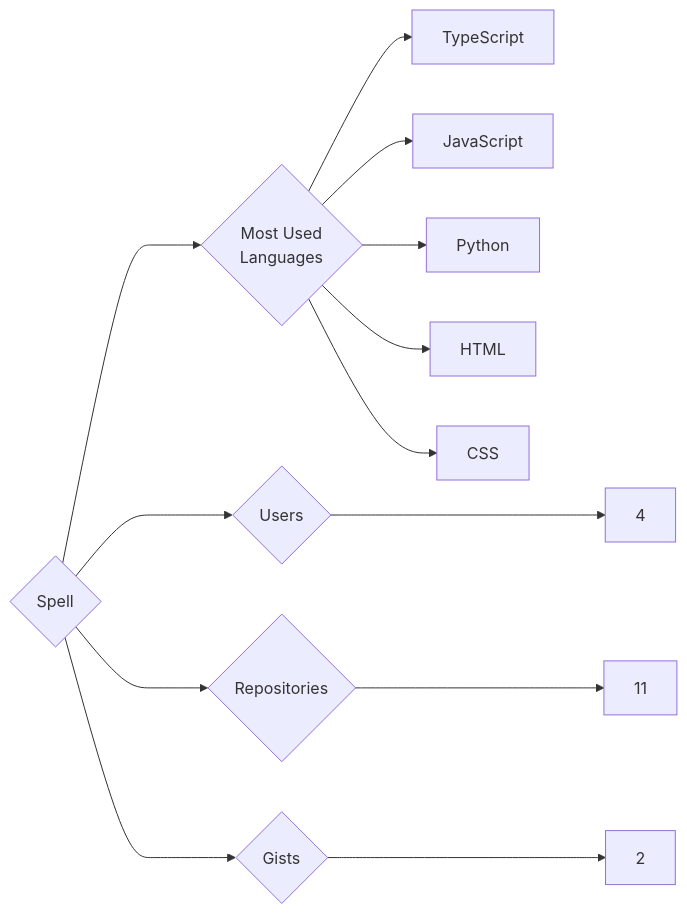
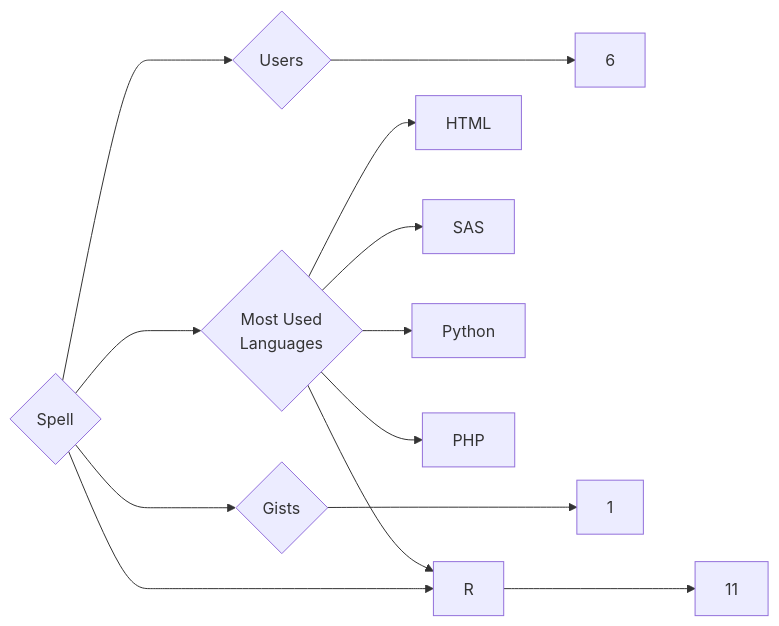
One commit to trickest/insiders changed the diagram in targets/Spell/README.md. Above: the diagram before and after it, drawn with Mermaid. The commit also changed 969 other files, not shown here.

````diff
--- a/targets/Spell/README.md
+++ b/targets/Spell/README.md
@@ -3,13 +3,13 @@
 ```mermaid
 graph LR
 COMPANY_NAME{Spell}
-COMPANY_NAME ---> U{Users} ---> UN[4]
+COMPANY_NAME ---> U{Users} ---> UN[6]
 COMPANY_NAME ---> R{Repositories} ---> RN[11]
-COMPANY_NAME ---> G{Gists} ---> GN[2]
+COMPANY_NAME ---> G{Gists} ---> GN[1]
 COMPANY_NAME ---> ML{Most Used<br>Languages}
-ML --> TypeScript[TypeScript]
-ML --> JavaScript[JavaScript]
+ML --> HTML[HTML]
+ML --> R[R]
+ML --> SAS[SAS]
 ML --> Python[Python]
-ML --> HTML[HTML]
-ML --> CSS[CSS]
+ML --> PHP[PHP]
 ```
````
